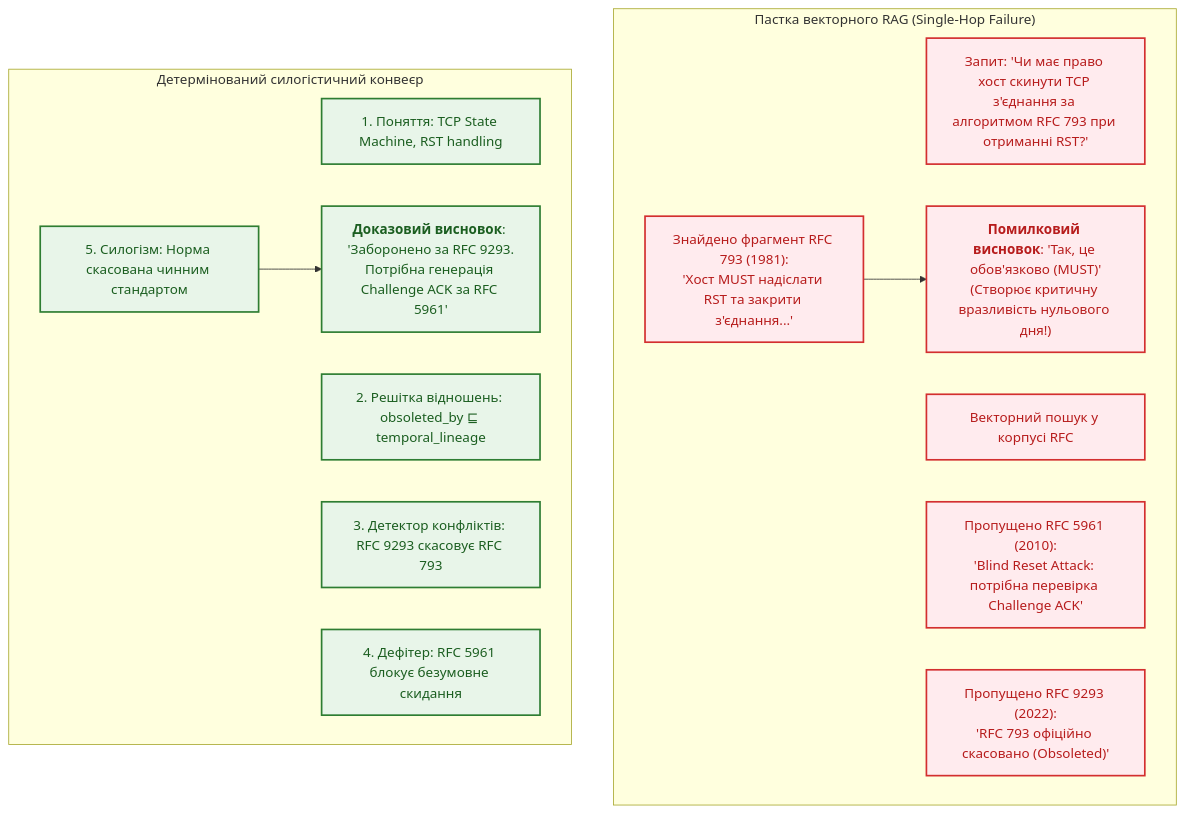
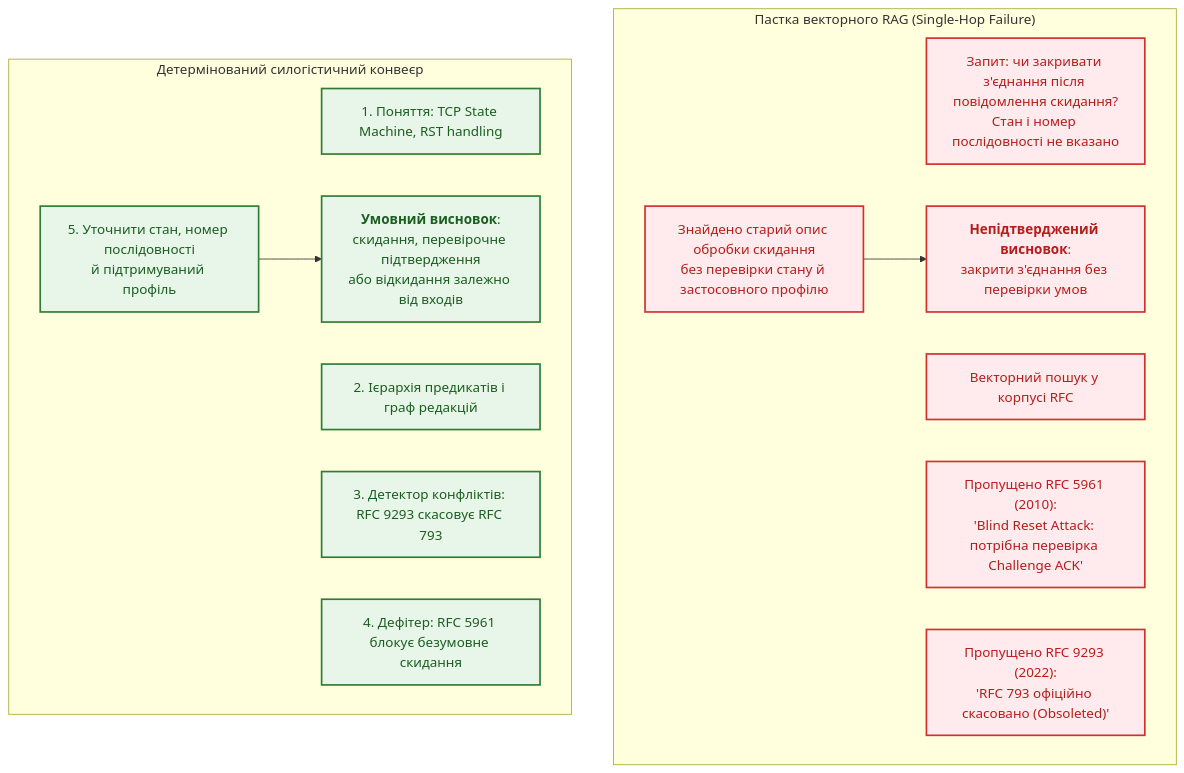
One commit to nick-fedchik/articles changed the first of 5 diagrams in ExpertSystem/ch31-syllogistic-reasoning-and-relation-lattices.md. Above: the diagram before and after it, drawn with Mermaid. The commit also changed other lines of this file and 20 other files, not shown here.

````diff
--- a/ExpertSystem/ch31-syllogistic-reasoning-and-relation-lattices.md
+++ b/ExpertSystem/ch31-syllogistic-reasoning-and-relation-lattices.md
@@ -44,29 +44,29 @@
 ```mermaid
 flowchart TD
     accTitle: Пастка однокрокового пошуку проти силогістичної дедукції
     accDescr: Чому векторний пошук зазнає невдачі у багатоходових нормативних висновках.
 
     subgraph RAGFail["Пастка векторного RAG (Single-Hop Failure)"]
-        Q["Запит: 'Чи має право хост скинути TCP з'єднання за алгоритмом RFC 793 при отриманні RST?'"]
+        Q["Запит: чи закривати з'єднання після повідомлення скидання?<br/>Стан і номер послідовності не вказано"]
         EMB["Векторний пошук у корпусі RFC"]
-        CH1["Знайдено фрагмент RFC 793 (1981):<br/>'Хост MUST надіслати RST та закрити з'єднання...'"]
+        CH1["Знайдено старий опис обробки скидання<br/>без перевірки стану й застосовного профілю"]
         CH2["Пропущено RFC 5961 (2010):<br/>'Blind Reset Attack: потрібна перевірка Challenge ACK'"]
         CH3["Пропущено RFC 9293 (2022):<br/>'RFC 793 офіційно скасовано (Obsoleted)'"]
-        CH1 --> BAD_ANS["<b>Помилковий висновок</b>: 'Так, це обов'язково (MUST)'<br/>(Створює критичну вразливість нульового дня!)"]
+        CH1 --> BAD_ANS["<b>Непідтверджений висновок</b>:<br/>закрити з'єднання без перевірки умов"]
     end
 
     subgraph SyllogisticSuccess["Детермінований силогістичний конвеєр"]
         S_TERM["1. Поняття: TCP State Machine, RST handling"]
-        S_LATTICE["2. Решітка відношень: obsoleted_by ⊑ temporal_lineage"]
+        S_LATTICE["2. Ієрархія предикатів і граф редакцій"]
         S_CONFLICT["3. Детектор конфліктів: RFC 9293 скасовує RFC 793"]
         S_DEFEAT["4. Дефітер: RFC 5961 блокує безумовне скидання"]
-        S_SYLLOGISM["5. Силогізм: Норма скасована чинним стандартом"]
-        S_SYLLOGISM --> GOOD_ANS["<b>Доказовий висновок</b>: 'Заборонено за RFC 9293.<br/>Потрібна генерація Challenge ACK за RFC 5961'"]
+        S_SYLLOGISM["5. Уточнити стан, номер послідовності<br/>й підтримуваний профіль"]
+        S_SYLLOGISM --> GOOD_ANS["<b>Умовний висновок</b>:<br/>скидання, перевірочне підтвердження<br/>або відкидання залежно від входів"]
     end
 
     classDef fail fill:#ffebee,stroke:#d32f2f,stroke-width:2px,color:#b71c1c;
     classDef succ fill:#e8f5e9,stroke:#2e7d32,stroke-width:2px,color:#1b5e20;
 
     class Q,EMB,CH1,CH2,CH3,BAD_ANS fail;
     class S_TERM,S_LATTICE,S_CONFLICT,S_DEFEAT,S_SYLLOGISM,GOOD_ANS succ;
 ```
````
